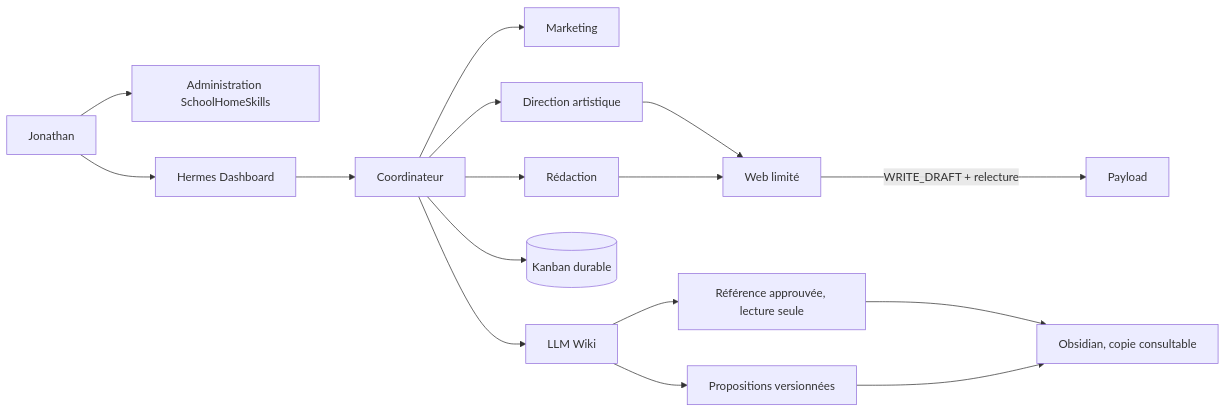
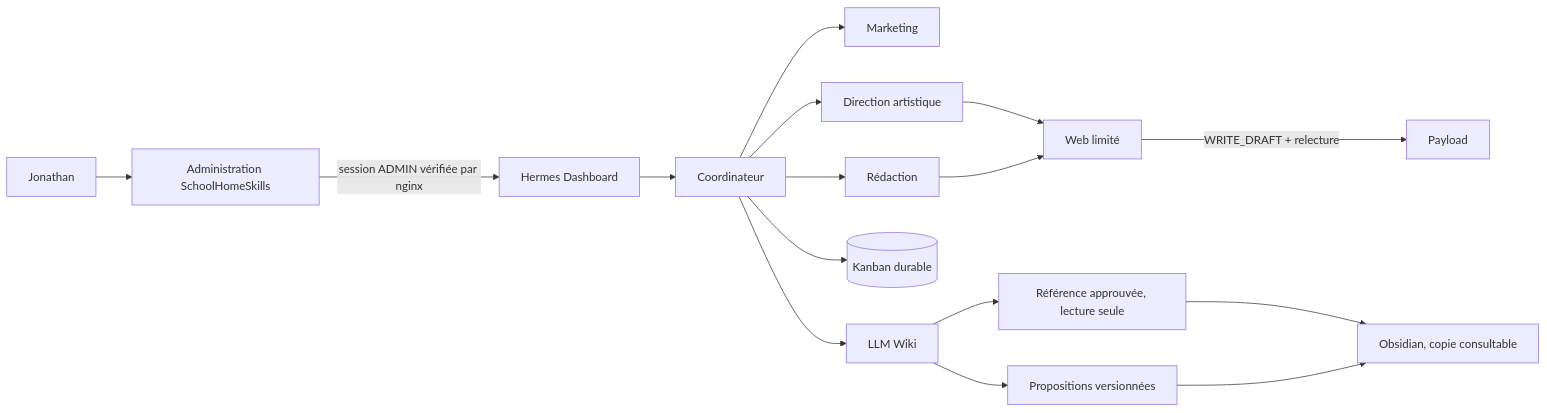
One commit to schoolhomeskills-lgtm/SchoolHomeSkills-Hermes changed the diagram in README.md. Above: the diagram before and after it, drawn with Mermaid. The commit also changed other lines of this file and 6 other files, not shown here.

Commit message:
Gate Hermes behind the admin portal

````diff
--- a/README.md
+++ b/README.md
@@ -18,18 +19,18 @@
 ```mermaid
 flowchart LR
   U[Jonathan] --> P[Administration SchoolHomeSkills]
-  U --> H[Hermes Dashboard]
+  P -->|session ADMIN vérifiée par nginx| H[Hermes Dashboard]
   H --> C[Coordinateur]
   C --> M[Marketing]
   C --> D[Direction artistique]
   C --> R[Rédaction]
   D --> W[Web limité]
   R --> W
   W -->|WRITE_DRAFT + relecture| PAY[Payload]
   C --> K[(Kanban durable)]
   C --> WK[LLM Wiki]
   WK --> REF[Référence approuvée, lecture seule]
   WK --> PROP[Propositions versionnées]
   REF --> O[Obsidian, copie consultable]
   PROP --> O
 ```
````
